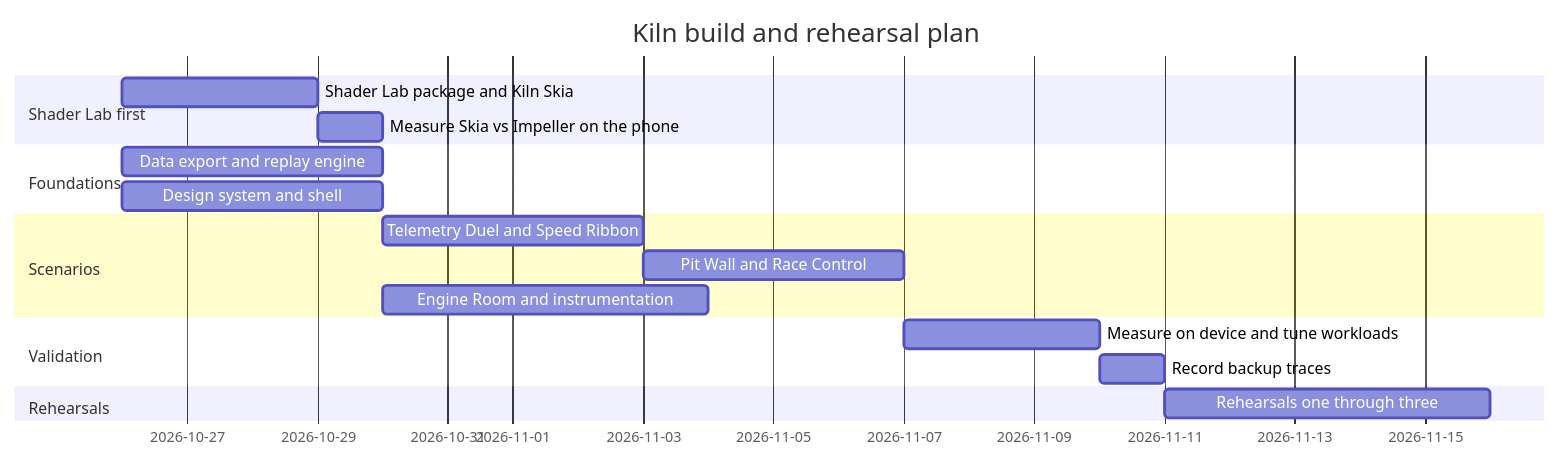
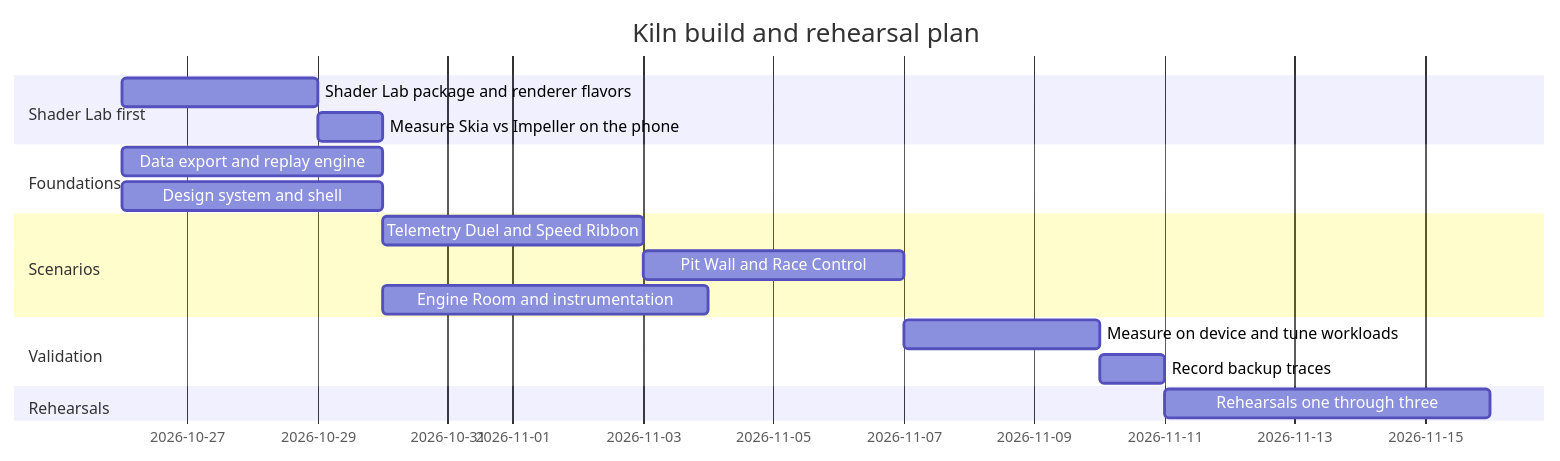
One commit to cm-collins/fluttercon-demo-app changed the second of 2 diagrams in docs/product/PRD.md. Above: the diagram before and after it, drawn with Mermaid. The commit also changed other lines of this file and 21 other files, not shown here.

````diff
--- a/docs/product/PRD.md
+++ b/docs/product/PRD.md
@@ -156,20 +162,20 @@
 ```mermaid
 gantt
     title Kiln build and rehearsal plan
     dateFormat YYYY-MM-DD
     section Shader Lab first
-    Shader Lab package and Kiln Skia        :s1, 2026-10-26, 3d
-    Measure Skia vs Impeller on the phone   :s2, after s1, 1d
+    Shader Lab package and renderer flavors :s1, 2026-10-26, 3d
+    Measure Skia vs Impeller on the phone   :s2, 2026-10-29, 1d
     section Foundations
     Data export and replay engine           :a1, 2026-10-26, 4d
     Design system and shell                 :a2, 2026-10-26, 4d
     section Scenarios
     Telemetry Duel and Speed Ribbon         :b1, 2026-10-30, 4d
     Pit Wall and Race Control               :b2, 2026-11-03, 4d
     Engine Room and instrumentation         :b3, 2026-10-30, 5d
     section Validation
     Measure on device and tune workloads    :c1, 2026-11-07, 3d
     Record backup traces                    :c2, 2026-11-10, 1d
     section Rehearsals
     Rehearsals one through three            :d1, 2026-11-11, 5d
 ```
````
